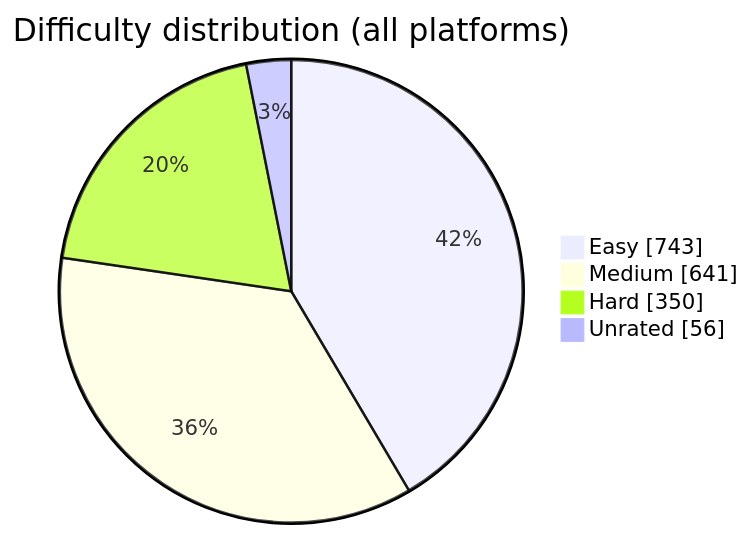
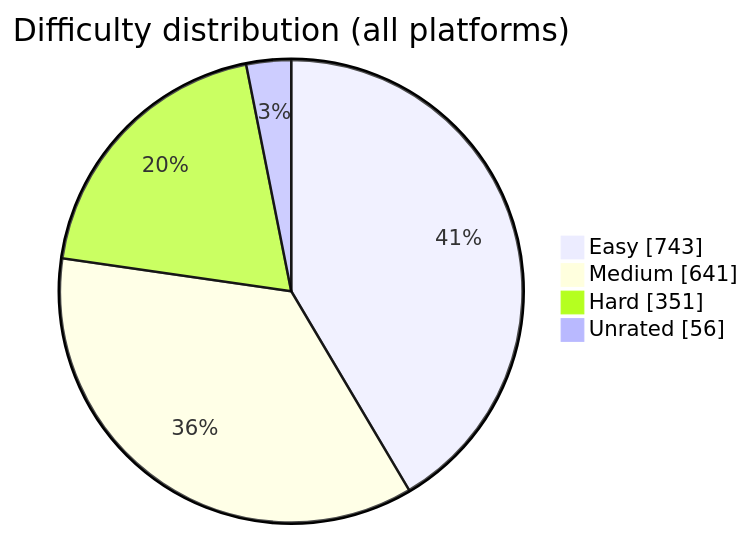
One commit to BuildbyArindam/Daily-Coding-Log changed the diagram in README.md. Above: the diagram before and after it, drawn with Mermaid. The commit also changed other lines of this file, not shown here.

````diff
--- a/README.md
+++ b/README.md
@@ -108,7 +108,7 @@
 ```mermaid
 pie showData title Difficulty distribution (all platforms)
     "Easy" : 743
     "Medium" : 641
-    "Hard" : 350
+    "Hard" : 351
     "Unrated" : 56
 ```
````
